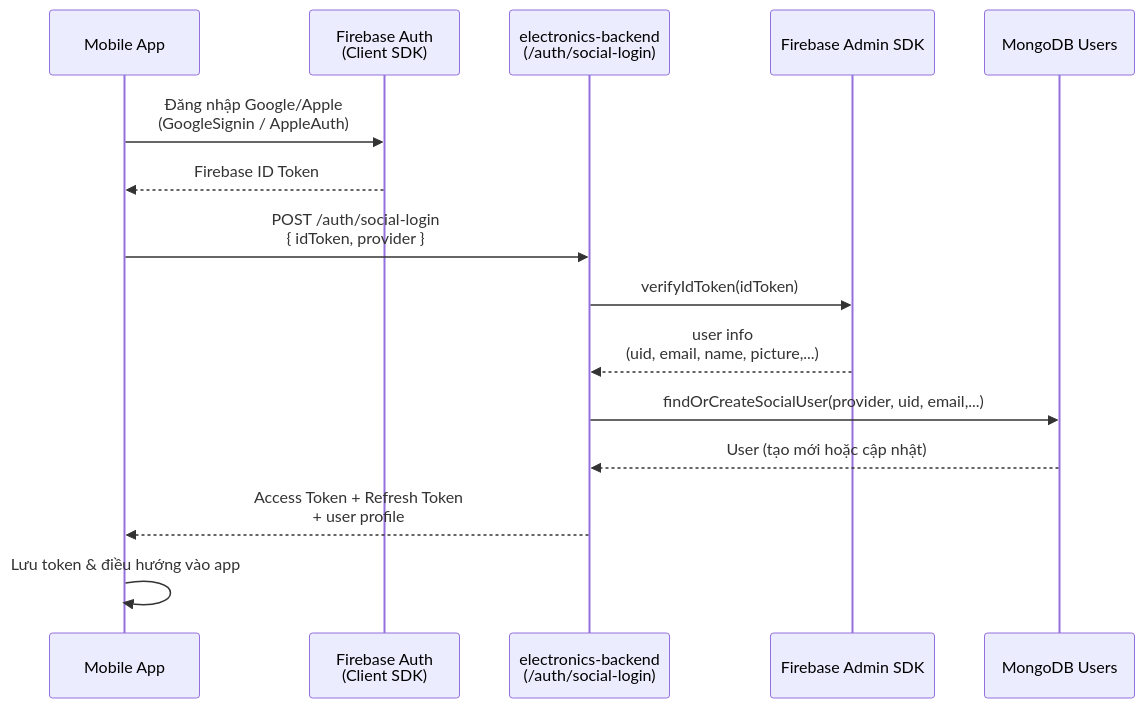
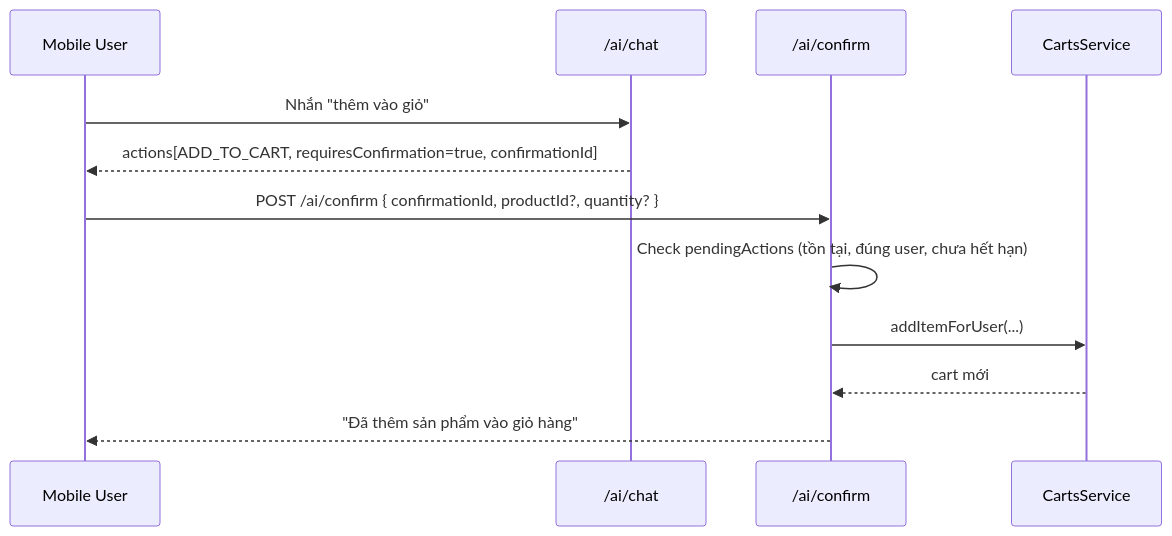
Before and after one commit to levanduy093-work/electronics-backend: the fourth of 4 diagrams in README.md, drawn with Mermaid. The commit also changed other lines of this file, not shown here.

First line of the commit message:
Update README.md for project overview, features, tech stack, and system architecture

````diff
--- a/README.md
+++ b/README.md
@@ -159,18 +243,15 @@
 ```mermaid
 sequenceDiagram
-    participant M as Mobile App
-    participant FB as Firebase Auth<br/>(Client SDK)
-    participant API as electronics-backend<br/>(/auth/social-login)
-    participant FA as Firebase Admin SDK
-    participant DB as MongoDB Users
+  participant U as Mobile User
+  participant API as /ai/chat
+  participant C as /ai/confirm
+  participant CART as CartsService
 
-    M->>FB: Đăng nhập Google/Apple<br/>(GoogleSignin / AppleAuth)
-    FB-->>M: Firebase ID Token
-    M->>API: POST /auth/social-login<br/>{ idToken, provider }
-    API->>FA: verifyIdToken(idToken)
-    FA-->>API: user info<br/>(uid, email, name, picture,...)
-    API->>DB: findOrCreateSocialUser(provider, uid, email,...)
-    DB-->>API: User (tạo mới hoặc cập nhật)
-    API-->>M: Access Token + Refresh Token<br/>+ user profile
-    M->>M: Lưu token & điều hướng vào app
+  U->>API: Nhắn "thêm vào giỏ"
+  API-->>U: actions[ADD_TO_CART, requiresConfirmation=true, confirmationId]
+  U->>C: POST /ai/confirm { confirmationId, productId?, quantity? }
+  C->>C: Check pendingActions (tồn tại, đúng user, chưa hết hạn)
+  C->>CART: addItemForUser(...)
+  CART-->>C: cart mới
+  C-->>U: "Đã thêm sản phẩm vào giỏ hàng"
 ```
````
